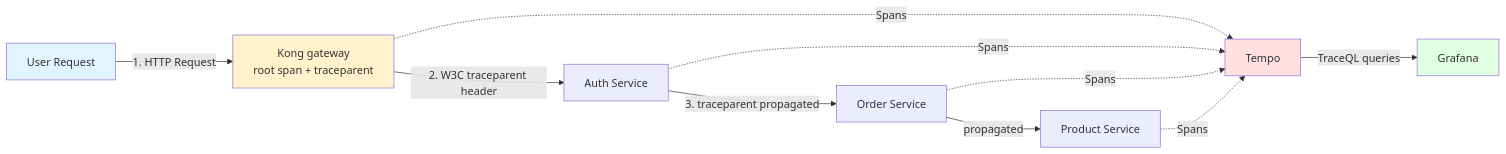
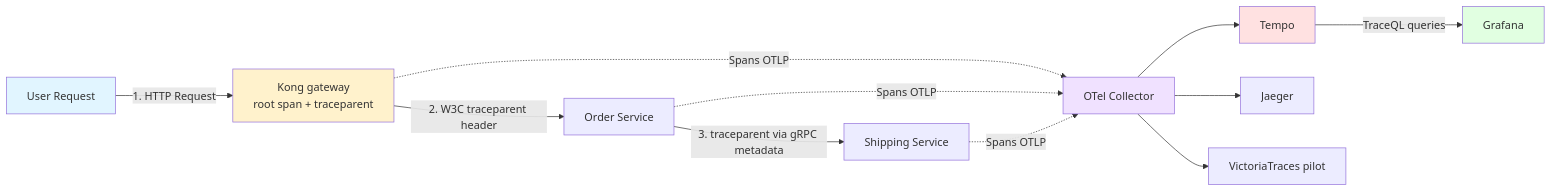
Before and after one commit to duynhlab/homelab: the diagram in docs/observability/tracing/README.md, drawn with Mermaid. The commit also changed other lines of this file and 10 other files, not shown here.

````diff
--- a/docs/observability/tracing/README.md
+++ b/docs/observability/tracing/README.md
@@ -79,19 +79,22 @@
 ```mermaid
 flowchart LR
     A[User Request] -->|1. HTTP Request| K[Kong gateway<br/>root span + traceparent]
-    K -->|2. W3C traceparent header| B[Auth Service]
-    B -->|3. traceparent propagated| C[Order Service]
-    C -->|propagated| D[Product Service]
+    K -->|2. W3C traceparent header| C[Order Service]
+    C -->|3. traceparent via gRPC metadata| D[Shipping Service]
 
-    K -.->|Spans| E[Tempo]
-    B -.->|Spans| E
-    C -.->|Spans| E
-    D -.->|Spans| E
+    K -.->|Spans OTLP| O[OTel Collector]
+    C -.->|Spans OTLP| O
+    D -.->|Spans OTLP| O
+
+    O --> E[Tempo]
+    O --> J[Jaeger]
+    O --> V[VictoriaTraces pilot]
 
     E -->|TraceQL queries| F[Grafana]
 
     style A fill:#e1f5ff
     style K fill:#fff2cc
+    style O fill:#f0e1ff
     style E fill:#ffe1e1
     style F fill:#e1ffe1
 ```
````
